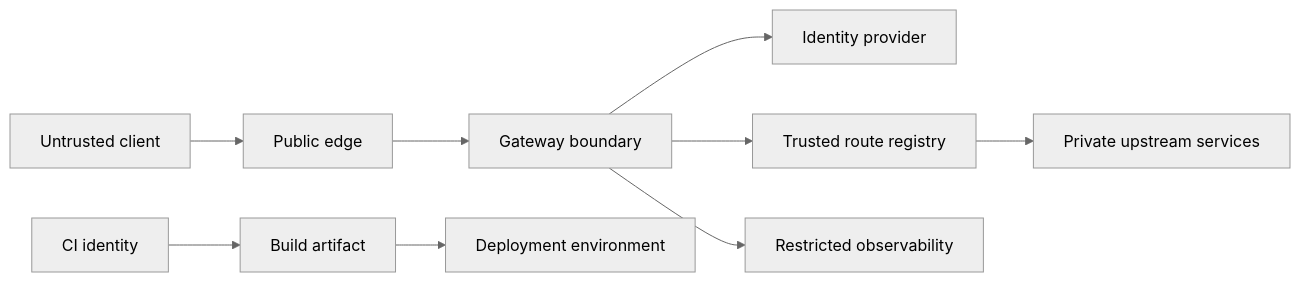
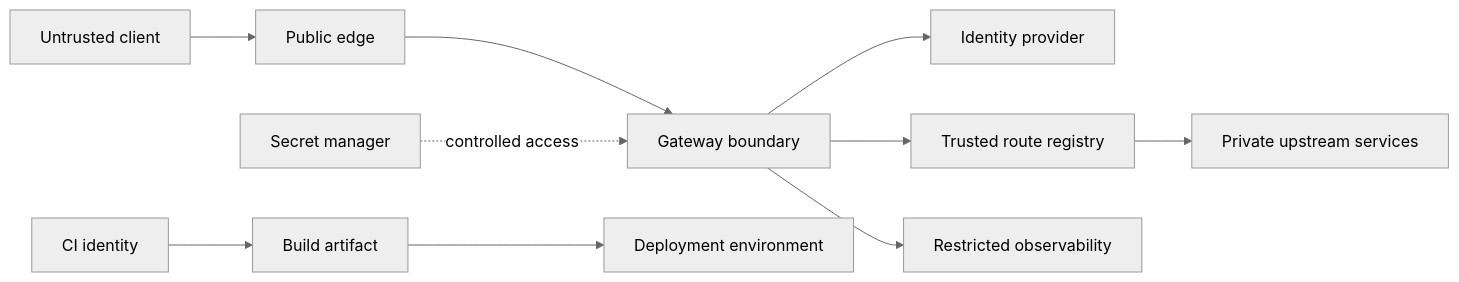
The diagram in docs/threat-model.md (Brajesh31/API-Gateway-Tripzy), drawn with Mermaid (neutral theme) before and after one commit. The commit also changed other lines of this file, not shown here.

````diff
--- a/docs/threat-model.md
+++ b/docs/threat-model.md
@@ -19,11 +22,12 @@
-```mermaid
+~~~mermaid
 flowchart LR
   Client[Untrusted client] --> Edge[Public edge]
   Edge --> Gateway[Gateway boundary]
   Gateway --> Identity[Identity provider]
   Gateway --> Registry[Trusted route registry]
   Registry --> Services[Private upstream services]
   Gateway --> Telemetry[Restricted observability]
   CI[CI identity] --> Artifact[Build artifact]
   Artifact --> Runtime[Deployment environment]
-```
+  Secrets[Secret manager] -. controlled access .-> Gateway
+~~~
````
